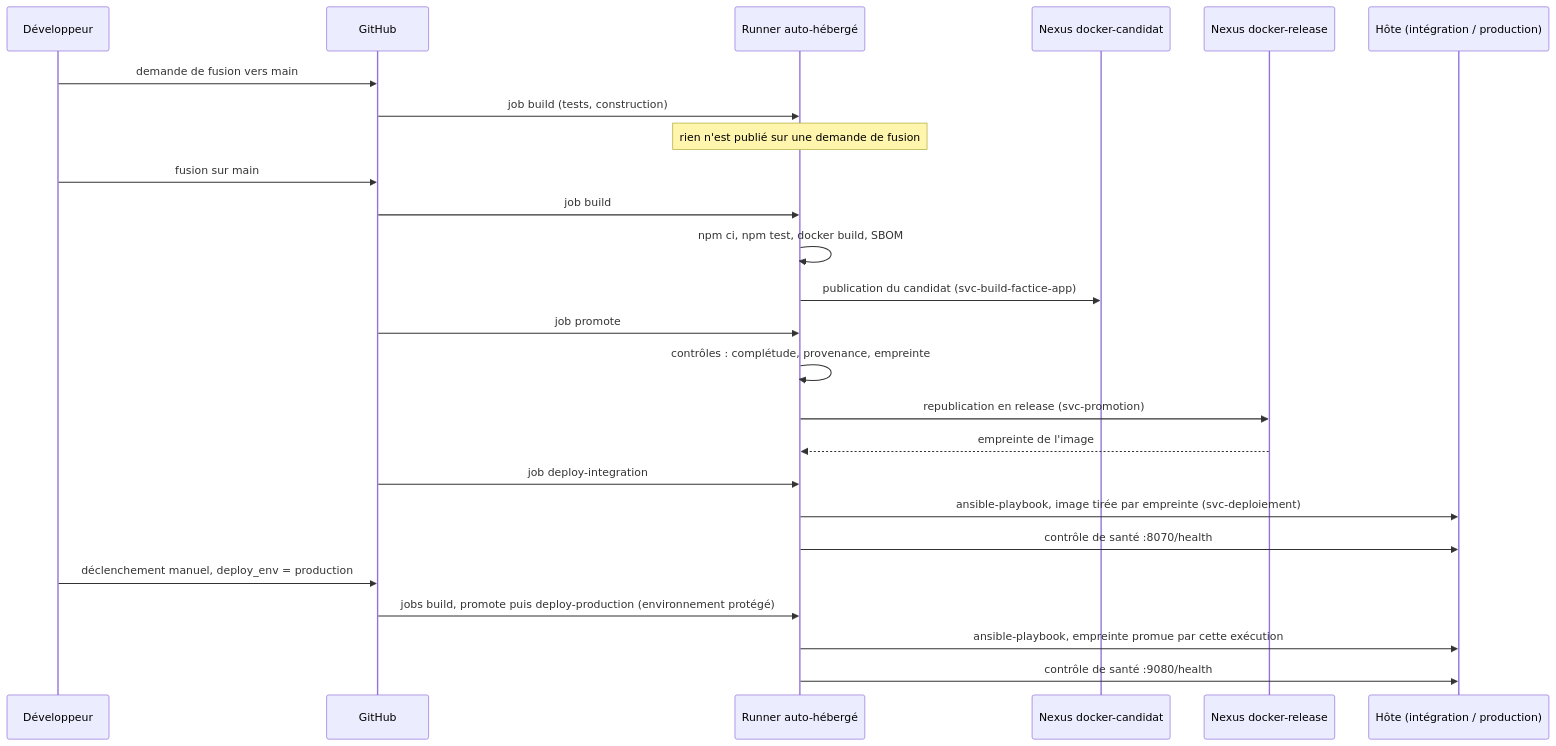
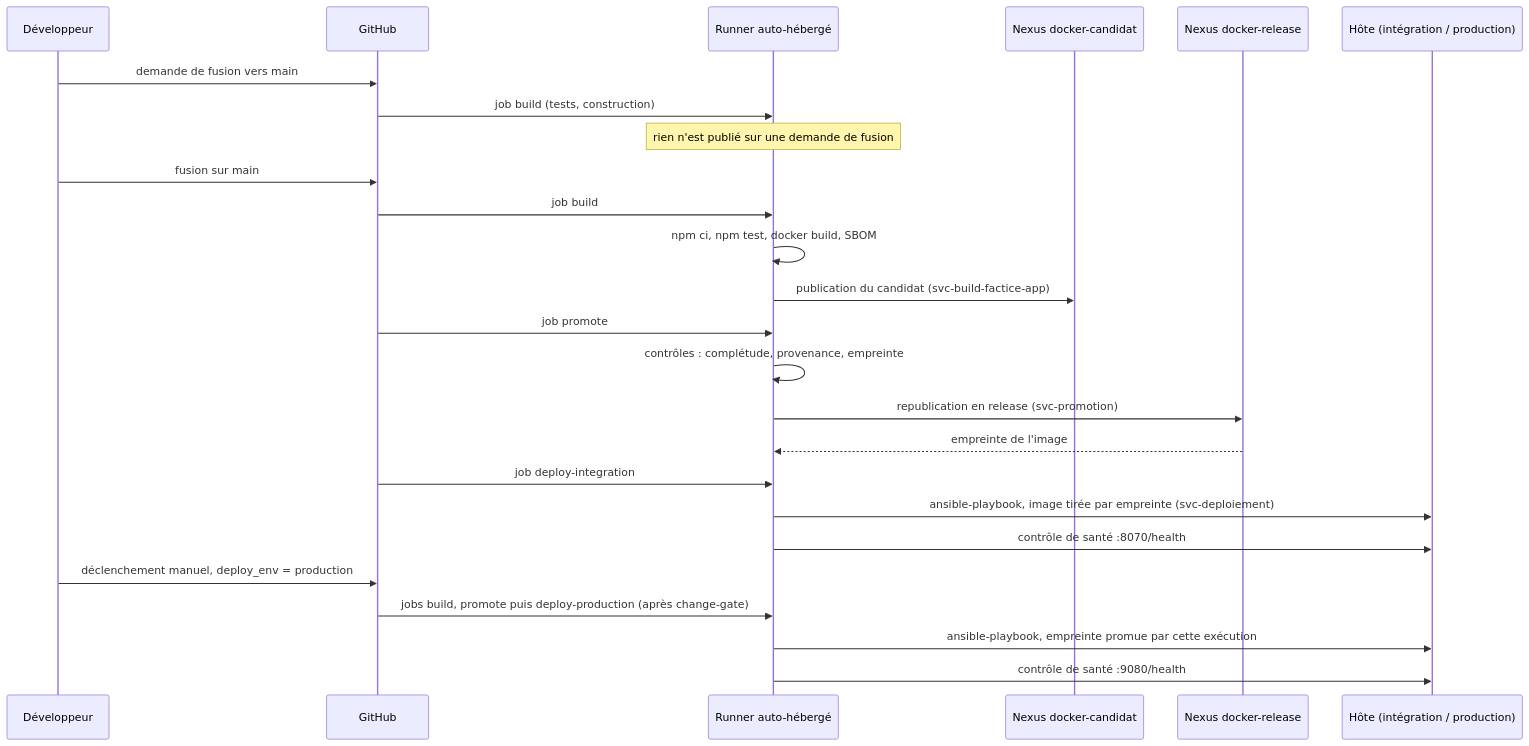
Before and after one commit to logo-solutions/factice: the first of 2 diagrams in Docs/2-pipeline-livraison/ci-cd/pipeline-build-promotion.md, drawn with Mermaid. The commit also changed other lines of this file and 6 other files, not shown here.

````diff
--- a/Docs/2-pipeline-livraison/ci-cd/pipeline-build-promotion.md
+++ b/Docs/2-pipeline-livraison/ci-cd/pipeline-build-promotion.md
@@ -7,28 +7,28 @@
 ```mermaid
 sequenceDiagram
     participant Dev as Développeur
     participant GH as GitHub
     participant R as Runner auto-hébergé
     participant NC as Nexus docker-candidat
     participant NR as Nexus docker-release
     participant H as Hôte (intégration / production)
 
     Dev->>GH: demande de fusion vers main
     GH->>R: job build (tests, construction)
     Note over R: rien n'est publié sur une demande de fusion
     Dev->>GH: fusion sur main
     GH->>R: job build
     R->>R: npm ci, npm test, docker build, SBOM
     R->>NC: publication du candidat (svc-build-factice-app)
     GH->>R: job promote
     R->>R: contrôles : complétude, provenance, empreinte
     R->>NR: republication en release (svc-promotion)
     NR-->>R: empreinte de l'image
     GH->>R: job deploy-integration
     R->>H: ansible-playbook, image tirée par empreinte (svc-deploiement)
     R->>H: contrôle de santé :8070/health
     Dev->>GH: déclenchement manuel, deploy_env = production
-    GH->>R: jobs build, promote puis deploy-production (environnement protégé)
+    GH->>R: jobs build, promote puis deploy-production (après change-gate)
     R->>H: ansible-playbook, empreinte promue par cette exécution
     R->>H: contrôle de santé :9080/health
 ```
````
